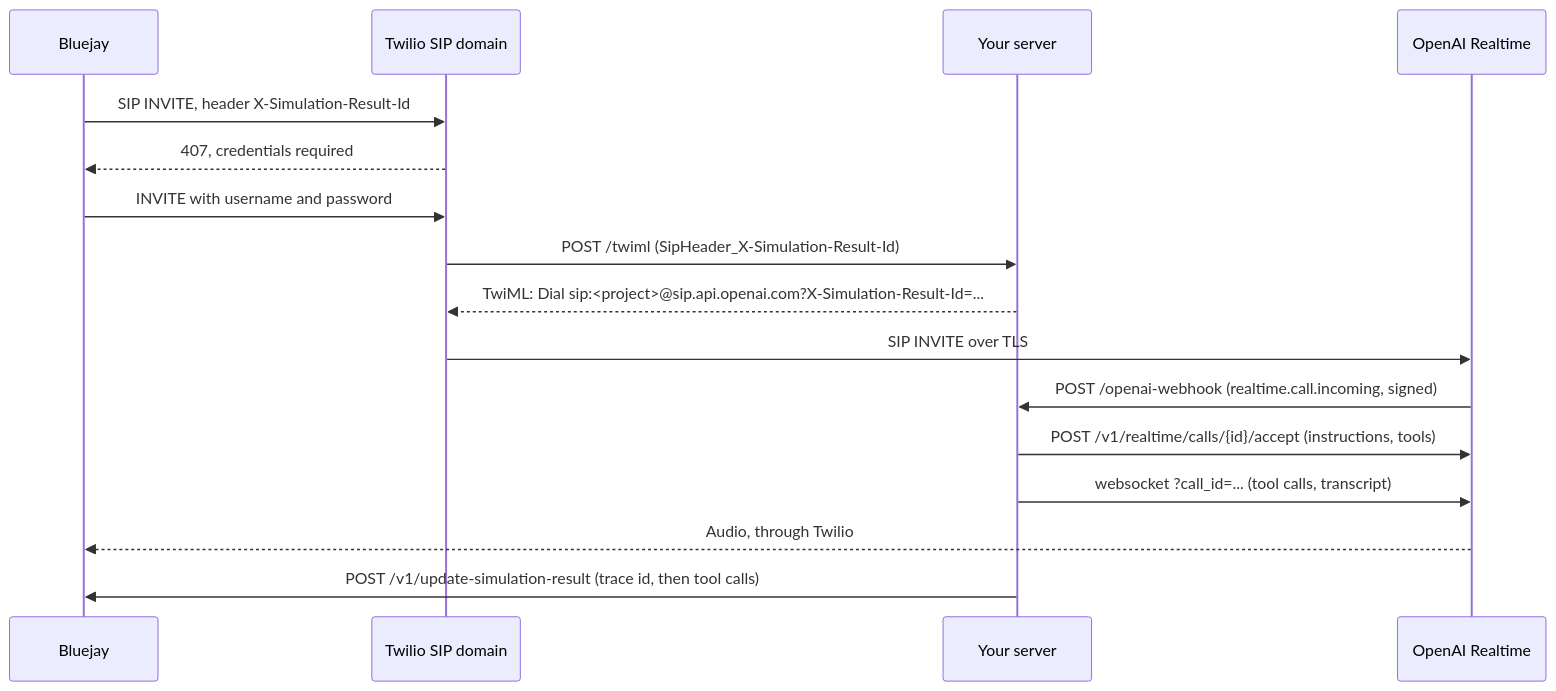
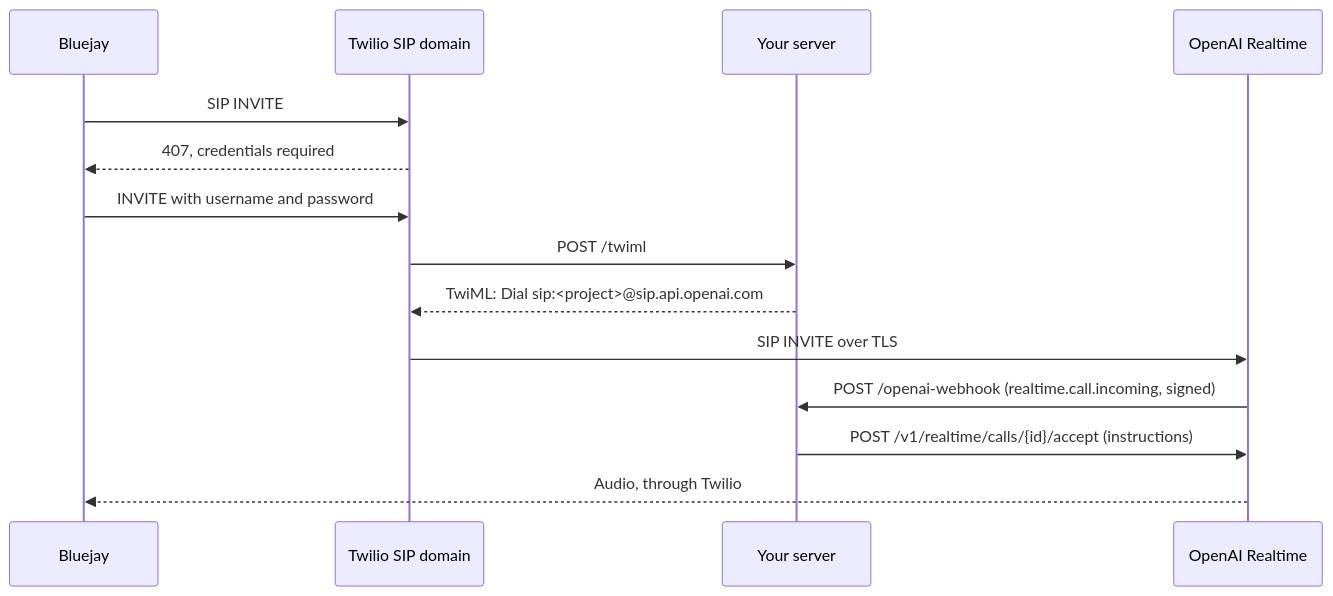
One commit to bluejay-ai-dev/docs changed the diagram in simulation-integrations/twilio-openai-realtime.mdx. Above: the diagram before and after it, drawn with Mermaid. The commit also changed other lines of this file, not shown here.

First line of the commit message:
docs(sip): restructure the OpenAI Realtime over Twilio SIP guide into a working integration first, then tool calls and traces (#323)

````diff
--- a/simulation-integrations/twilio-openai-realtime.mdx
+++ b/simulation-integrations/twilio-openai-realtime.mdx
@@ -20,19 +17,17 @@
 ```mermaid
 sequenceDiagram
     participant BJ as Bluejay
     participant TW as Twilio SIP domain
     participant SRV as Your server
     participant OAI as OpenAI Realtime
 
-    BJ->>TW: SIP INVITE, header X-Simulation-Result-Id
+    BJ->>TW: SIP INVITE
     TW-->>BJ: 407, credentials required
     BJ->>TW: INVITE with username and password
-    TW->>SRV: POST /twiml (SipHeader_X-Simulation-Result-Id)
-    SRV-->>TW: TwiML: Dial sip:<project>@sip.api.openai.com?X-Simulation-Result-Id=...
+    TW->>SRV: POST /twiml
+    SRV-->>TW: TwiML: Dial sip:<project>@sip.api.openai.com
     TW->>OAI: SIP INVITE over TLS
     OAI->>SRV: POST /openai-webhook (realtime.call.incoming, signed)
-    SRV->>OAI: POST /v1/realtime/calls/{id}/accept (instructions, tools)
-    SRV->>OAI: websocket ?call_id=... (tool calls, transcript)
+    SRV->>OAI: POST /v1/realtime/calls/{id}/accept (instructions)
     OAI-->>BJ: Audio, through Twilio
-    SRV->>BJ: POST /v1/update-simulation-result (trace id, then tool calls)
 ```
````
